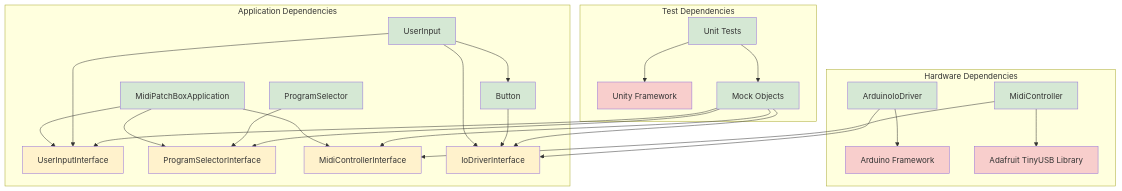
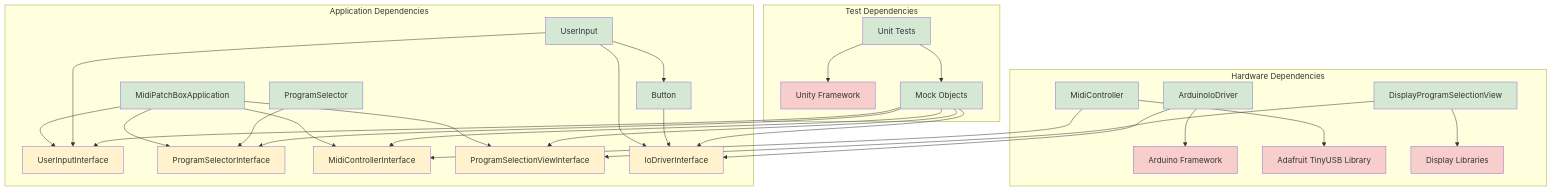
Before and after one commit to iv660/midi-patch-box: the third of 4 diagrams in ARCHITECTURE.md, drawn with Mermaid. The commit also changed other lines of this file and 5 other files, not shown here.

Commit message:
feat: Add view implementation for SSD1306 OLED display

````diff
--- a/ARCHITECTURE.md
+++ b/ARCHITECTURE.md
@@ -307,39 +339,44 @@
 ```mermaid
 graph TD
     subgraph "Application Dependencies"
         APP[MidiPatchBoxApplication] --> UII[UserInputInterface]
         APP --> PSI[ProgramSelectorInterface]
         APP --> MCI[MidiControllerInterface]
+        APP --> PSVI[ProgramSelectionViewInterface]
         
         UI[UserInput] --> UII
         UI --> IOI[IoDriverInterface]
         UI --> BTN[Button]
         BTN --> IOI
         PS[ProgramSelector] --> PSI
     end
     
     subgraph "Hardware Dependencies"
         AIO[ArduinoIoDriver] --> IOI
         AIO --> ARDUINO[Arduino Framework]
         
         MC[MidiController] --> MCI
         MC --> TINYUSB[Adafruit TinyUSB Library]
+        
+        DPSV[DisplayProgramSelectionView] --> PSVI
+        DPSV --> DISPLAY[Display Libraries]
     end
     
     subgraph "Test Dependencies"
         TESTS[Unit Tests] --> UNITY[Unity Framework]
         TESTS --> MOCKS[Mock Objects]
         MOCKS --> IOI
         MOCKS --> UII
         MOCKS --> MCI
         MOCKS --> PSI
+        MOCKS --> PSVI
     end
     
     classDef interface fill:#fff2cc
     classDef concrete fill:#d5e8d4
     classDef external fill:#f8cecc
     
-    class UII,PSI,MCI,IOI interface
-    class APP,BTN,PS,UI,AIO,MC,TESTS,MOCKS concrete
-    class ARDUINO,TINYUSB,UNITY external
+    class UII,PSI,MCI,IOI,PSVI interface
+    class APP,BTN,PS,UI,AIO,MC,DPSV,TESTS,MOCKS concrete
+    class ARDUINO,TINYUSB,UNITY,DISPLAY external
 ```
````
